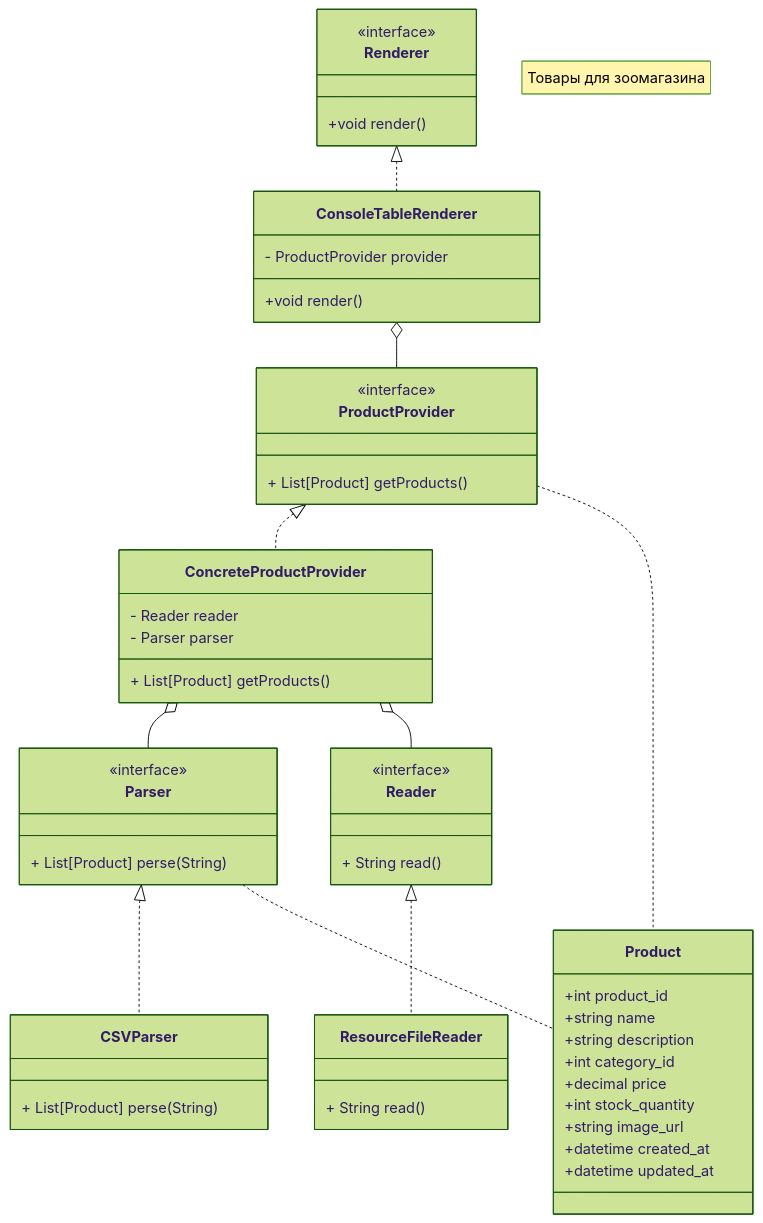
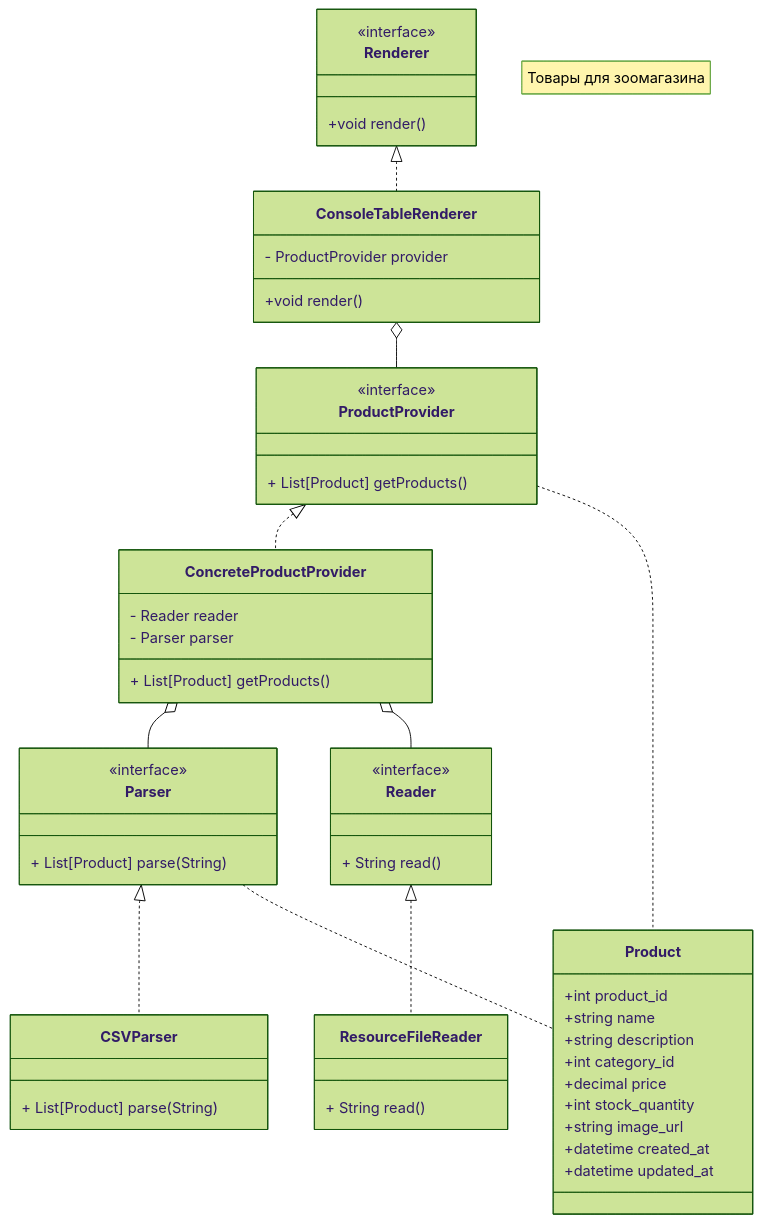
One commit to zaic-bsu/cad-2025 changed the diagram in les02/lab.md. Above: the diagram before and after it, drawn with Mermaid (forest theme).

````diff
--- a/les02/lab.md
+++ b/les02/lab.md
@@ -39,67 +39,67 @@
 ``` mermaid
 
 classDiagram
     note "Товары для зоомагазина"
     Reader <|.. ResourceFileReader
     Parser <|.. CSVParser
     ProductProvider <|.. ConcreteProductProvider
     ConcreteProductProvider o-- Parser
     ConcreteProductProvider o-- Reader
     Renderer <|.. ConsoleTableRenderer
     ConsoleTableRenderer o-- ProductProvider
     ProductProvider .. Product
     Parser .. Product
 
     class  Product {
         +int product_id
         +string name
         +string description
         +int category_id
         +decimal price
         +int stock_quantity
         +string image_url
         +datetime created_at
         +datetime updated_at
     }
 
     class  Reader{
         + String read()
     }
     <<interface>> Reader
 
     class ResourceFileReader {
         + String read()
     }
 
     class  Parser{
-        + List[Product] perse(String)
+        + List[Product] parse(String)
     }
     <<interface>> Parser
 
     class CSVParser {
-        + List[Product] perse(String)
+        + List[Product] parse(String)
     }
 
     class  Renderer{
         +void render()
     }
     <<interface>> Renderer
 
     class ConsoleTableRenderer {
         - ProductProvider provider
         +void render()
     }
 
     class ProductProvider {
         + List[Product] getProducts()
     }
     <<interface>> ProductProvider
 
     class ConcreteProductProvider{
         - Reader reader
         - Parser parser
        + List[Product] getProducts()
     }
 
 
 ```
````
